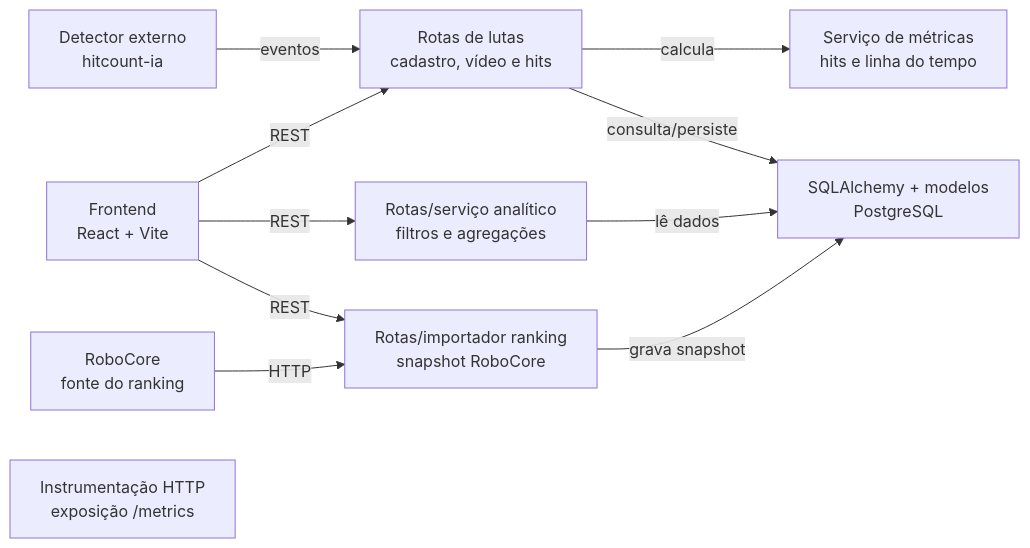
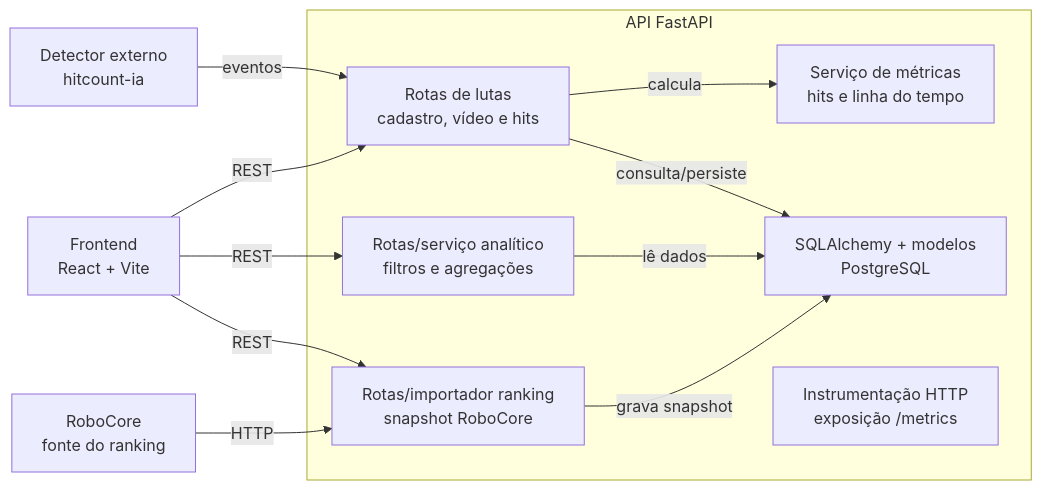
The diagram in docs/diagramas/c4-componentes.mmd (Olskaana/HitTrack), drawn with Mermaid before and after one commit. The commit also changed 24 other files, not shown here.

```diff
--- a/docs/diagramas/c4-componentes.mmd
+++ b/docs/diagramas/c4-componentes.mmd
@@ -1,19 +1,27 @@
 flowchart LR
   frontend["Frontend<br/>React + Vite"]
   fights["Rotas de lutas<br/>cadastro, vídeo e hits"]
   analytics["Rotas/serviço analítico<br/>filtros e agregações"]
   ranking["Rotas/importador ranking<br/>snapshot RoboCore"]
   metrics["Serviço de métricas<br/>hits e linha do tempo"]
   persistence["SQLAlchemy + modelos<br/>PostgreSQL"]
   detector["Detector externo<br/>hitcount-ia"]
   robo["RoboCore<br/>fonte do ranking"]
   monitor["Instrumentação HTTP<br/>exposição /metrics"]
+  subgraph api["API FastAPI"]
+    fights
+    analytics
+    ranking
+    metrics
+    persistence
+    monitor
+  end
   frontend -->|"REST"| fights
   frontend -->|"REST"| analytics
   frontend -->|"REST"| ranking
   fights -->|"calcula"| metrics
   fights -->|"consulta/persiste"| persistence
   analytics -->|"lê dados"| persistence
   ranking -->|"grava snapshot"| persistence
   detector -->|"eventos"| fights
   robo -->|"HTTP"| ranking
```
